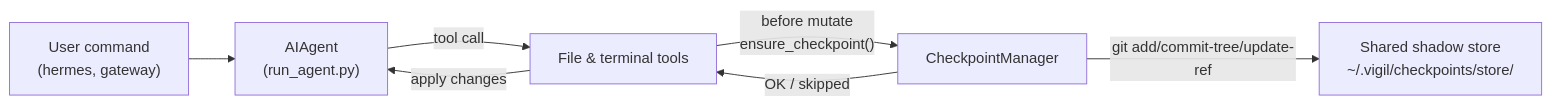
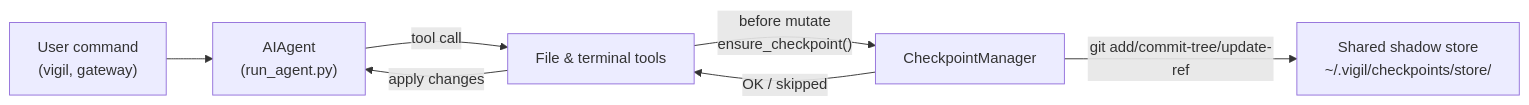
One commit to Signmanal/VIGIL changed the diagram in website/docs/user-guide/checkpoints-and-rollback.md. Above: the diagram before and after it, drawn with Mermaid. The commit also changed other lines of this file and 3511 other files, not shown here.

````diff
--- a/website/docs/user-guide/checkpoints-and-rollback.md
+++ b/website/docs/user-guide/checkpoints-and-rollback.md
@@ -69,15 +69,15 @@
 ```mermaid
 flowchart LR
-  user["User command\n(hermes, gateway)"]
+  user["User command\n(vigil, gateway)"]
   agent["AIAgent\n(run_agent.py)"]
   tools["File & terminal tools"]
   cpMgr["CheckpointManager"]
   store["Shared shadow store\n~/.vigil/checkpoints/store/"]
 
   user --> agent
   agent -->|"tool call"| tools
   tools -->|"before mutate\nensure_checkpoint()"| cpMgr
   cpMgr -->|"git add/commit-tree/update-ref"| store
   cpMgr -->|"OK / skipped"| tools
   tools -->|"apply changes"| agent
 ```
````
